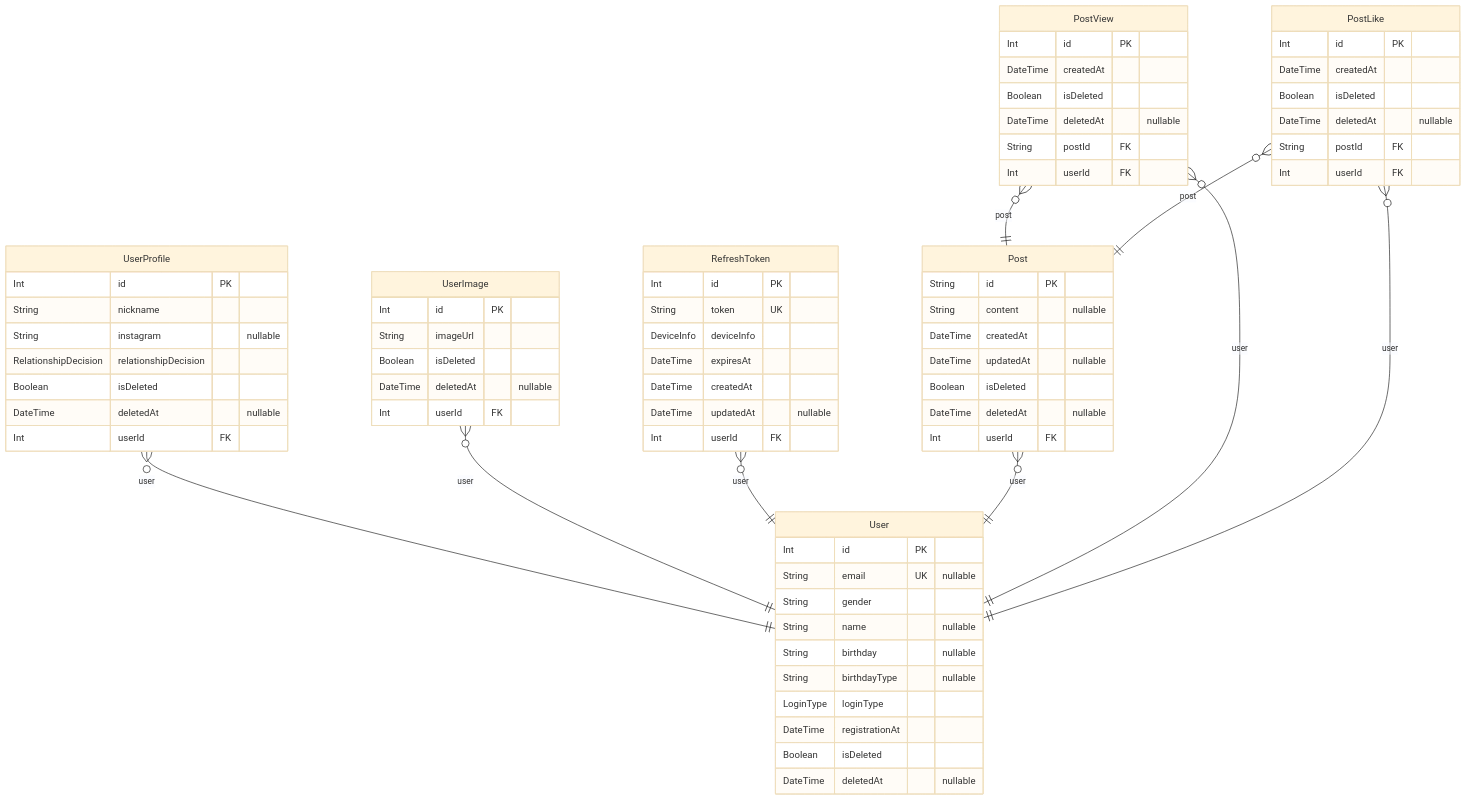
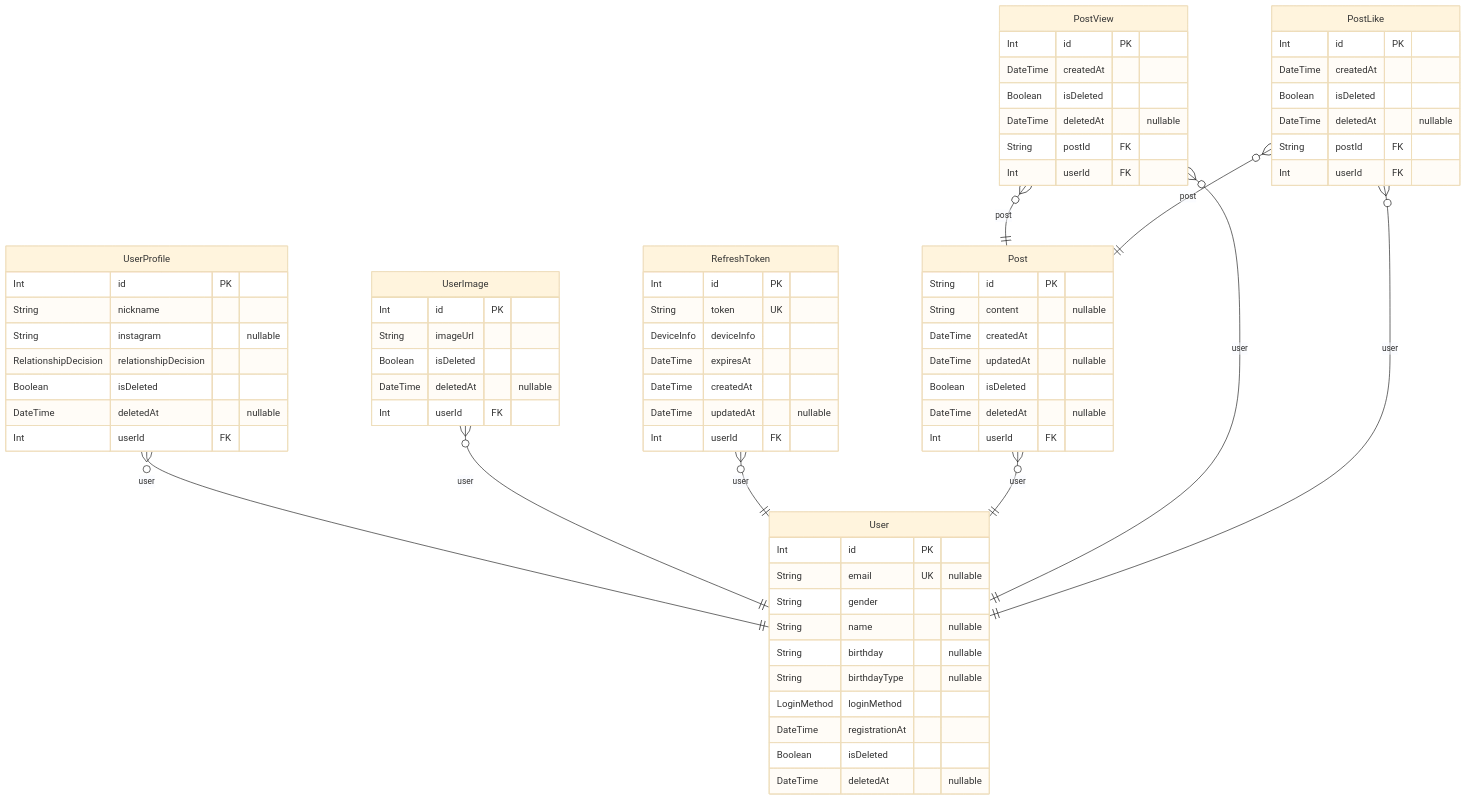
One commit to Ibyeol-note/server changed the diagram in ERD.md. Above: the diagram before and after it, drawn with Mermaid (base theme). The commit also changed other lines of this file, not shown here.

Commit message:
docs: modify ERD

````diff
--- a/ERD.md
+++ b/ERD.md
@@ -7,73 +7,73 @@
 ```mermaid
 erDiagram
 "User" {
   Int id PK
   String email UK "nullable"
   String gender
   String name "nullable"
   String birthday "nullable"
   String birthdayType "nullable"
-  LoginType loginType
+  LoginMethod loginMethod
   DateTime registrationAt
   Boolean isDeleted
   DateTime deletedAt "nullable"
 }
 "UserProfile" {
   Int id PK
   String nickname
   String instagram "nullable"
   RelationshipDecision relationshipDecision
   Boolean isDeleted
   DateTime deletedAt "nullable"
   Int userId FK
 }
 "UserImage" {
   Int id PK
   String imageUrl
   Boolean isDeleted
   DateTime deletedAt "nullable"
   Int userId FK
 }
 "RefreshToken" {
   Int id PK
   String token UK
   DeviceInfo deviceInfo
   DateTime expiresAt
   DateTime createdAt
   DateTime updatedAt "nullable"
   Int userId FK
 }
 "Post" {
   String id PK
   String content "nullable"
   DateTime createdAt
   DateTime updatedAt "nullable"
   Boolean isDeleted
   DateTime deletedAt "nullable"
   Int userId FK
 }
 "PostView" {
   Int id PK
   DateTime createdAt
   Boolean isDeleted
   DateTime deletedAt "nullable"
   String postId FK
   Int userId FK
 }
 "PostLike" {
   Int id PK
   DateTime createdAt
   Boolean isDeleted
   DateTime deletedAt "nullable"
   String postId FK
   Int userId FK
 }
 "UserProfile" }o--|| "User" : user
 "UserImage" }o--|| "User" : user
 "RefreshToken" }o--|| "User" : user
 "Post" }o--|| "User" : user
 "PostView" }o--|| "Post" : post
 "PostView" }o--|| "User" : user
 "PostLike" }o--|| "Post" : post
 "PostLike" }o--|| "User" : user
 ```
````
